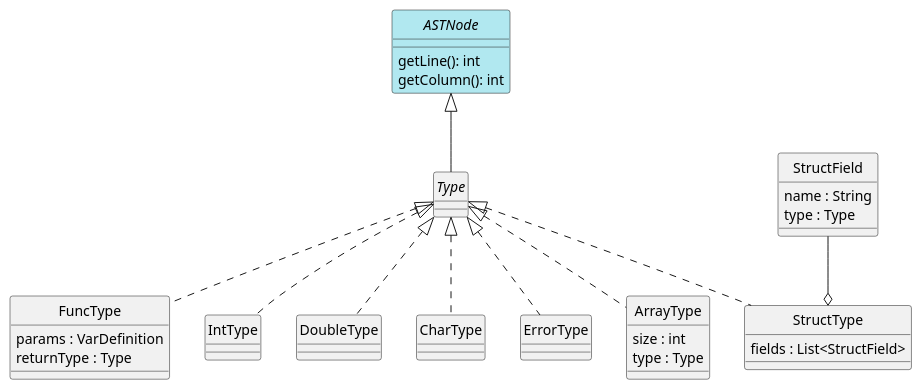
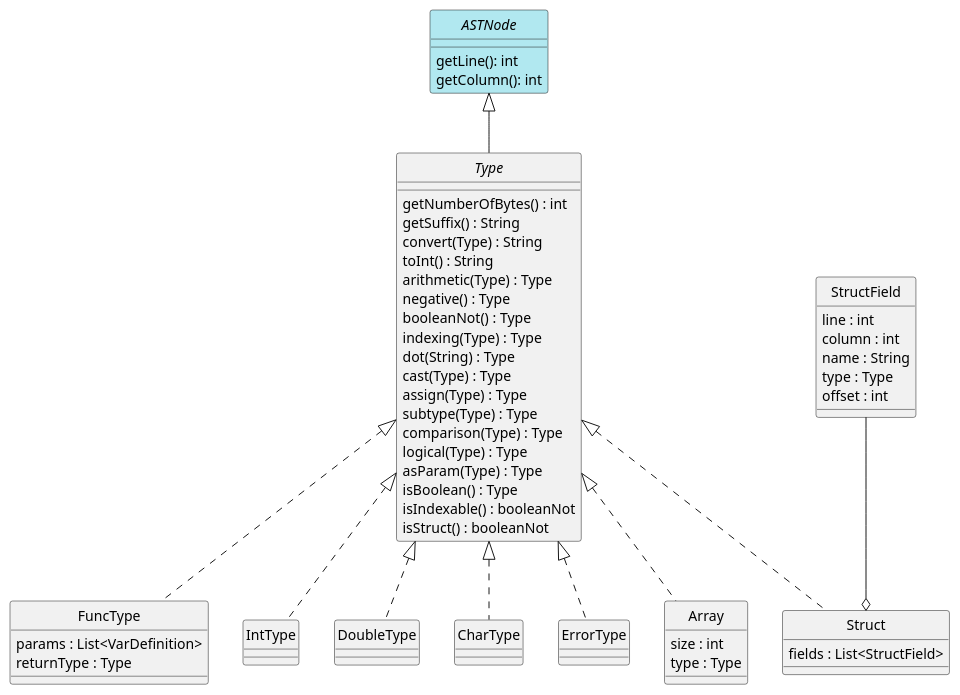
The diagram in docs/diagrams/types.plantuml (alvesit0/DLP-Compiler), drawn with PlantUML before and after one commit. The commit also changed 7 other files, not shown here.

Commit message:
Terminada revisión de los diagramas.

```diff
--- a/docs/diagrams/types.plantuml
+++ b/docs/diagrams/types.plantuml
@@ -1,51 +1,73 @@
 @startuml Types
 skinparam style strictuml
 skinparam monochrome false
 
 interface ASTNode #b1e8f0 {
     getLine(): int
     getColumn(): int
 }
 
-interface Type
+interface Type {
+    getNumberOfBytes() : int
+    getSuffix() : String
+    convert(Type) : String
+    toInt() : String
+    arithmetic(Type) : Type
+    negative() : Type
+    booleanNot() : Type
+    indexing(Type) : Type
+    dot(String) : Type
+    cast(Type) : Type
+    assign(Type) : Type
+    subtype(Type) : Type
+    comparison(Type) : Type
+    logical(Type) : Type
+    asParam(Type) : Type
+    isBoolean() : Type
+    isIndexable() : booleanNot
+    isStruct() : booleanNot
+}
 
 class FuncType {
-    params : VarDefinition
+    params : List<VarDefinition>
     returnType : Type
 }
 
 ' Tipos simples
 class IntType
 class DoubleType
 class CharType
 
 ' Tipo error
 class ErrorType
 
-Type <|.. IntType
-Type <|.. DoubleType
-Type <|.. CharType
-Type <|.. ArrayType
-Type <|.. StructType
-Type <|.. FuncType
-Type <|.. ErrorType
-
 ' Tipos complejos
-class ArrayType {
+class Array {
     size : int
     type : Type
 }
 
-class StructType {
+class Struct {
     fields : List<StructField>
 }
 
 class StructField {
+    line : int
+    column : int
     name : String
     type : Type
+    offset : int
 }
 
+Type <|.. IntType
+Type <|.. DoubleType
+Type <|.. CharType
+Type <|.. Array
+Type <|.. Struct
+Type <|.. FuncType
+Type <|.. ErrorType
+
 ASTNode <|-- Type
-StructField --o StructType
+StructField --o Struct
 
 @enduml
```
